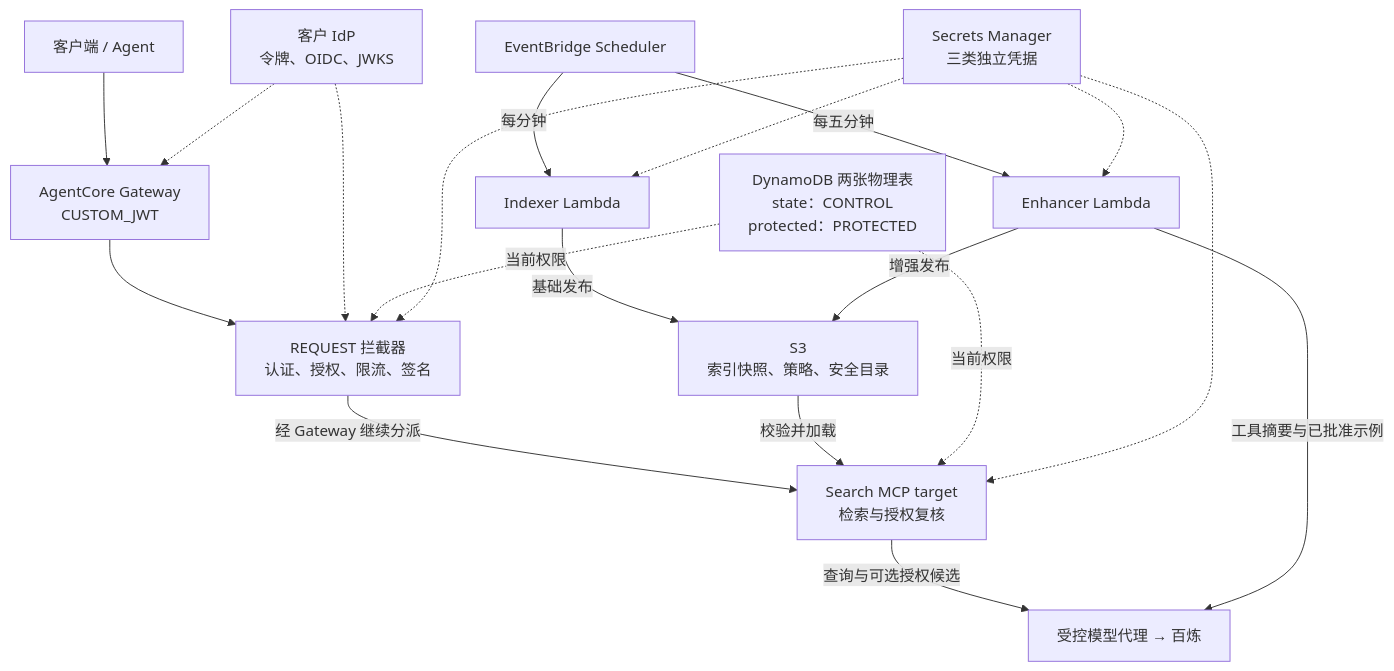
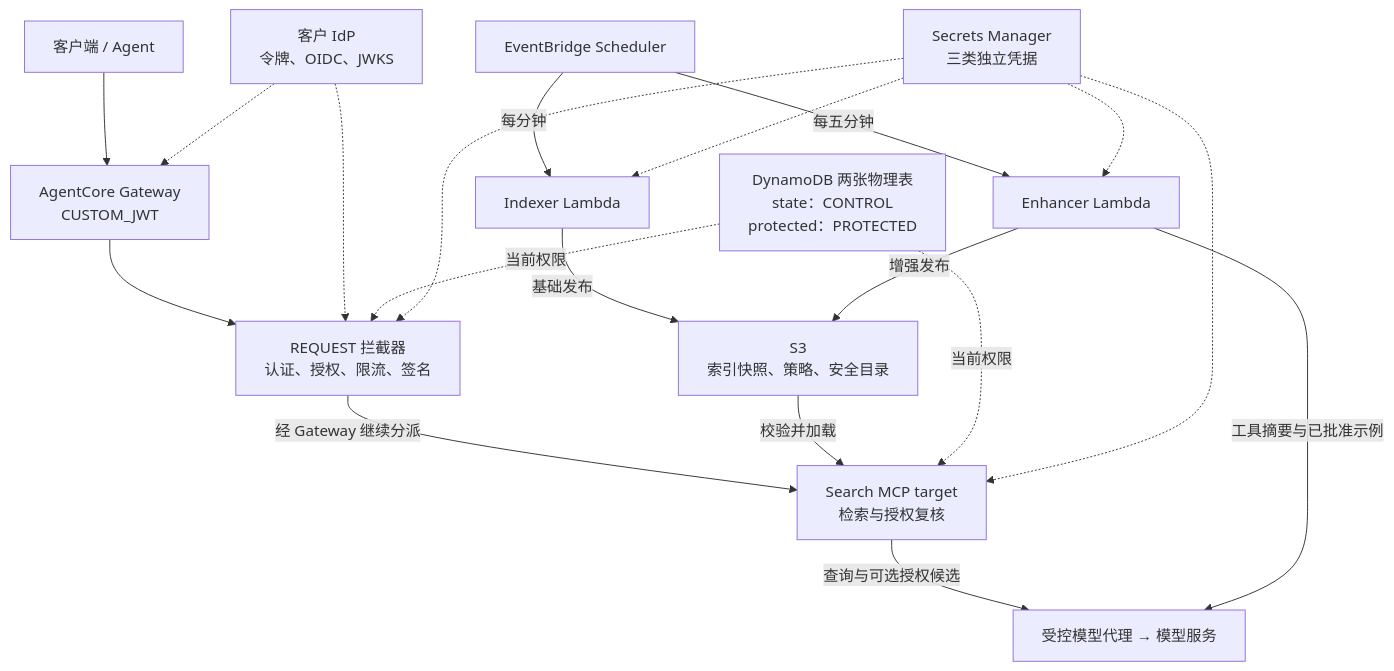
The first of 5 diagrams in docs/architecture.md (aws-samples/sample-agentcore-gateway-tool-search-china-region), drawn with Mermaid before and after one commit. The commit also changed other lines of this file and 66 other files, not shown here.

````diff
--- a/docs/architecture.md
+++ b/docs/architecture.md
@@ -45,21 +45,21 @@
 ```mermaid
 flowchart TB
     Agent["客户端 / Agent"] --> Gateway["AgentCore Gateway<br/>CUSTOM_JWT"]
     Gateway --> Request["REQUEST 拦截器<br/>认证、授权、限流、签名"]
     Request -->|"经 Gateway 继续分派"| Search["Search MCP target<br/>检索与授权复核"]
     IdP["客户 IdP<br/>令牌、OIDC、JWKS"] -.-> Gateway
     IdP -.-> Request
     Schedule["EventBridge Scheduler"] -->|"每分钟"| Indexer["Indexer Lambda"]
     Schedule -->|"每五分钟"| Enhancer["Enhancer Lambda"]
     Indexer -->|"基础发布"| S3["S3<br/>索引快照、策略、安全目录"]
     Enhancer -->|"增强发布"| S3
     S3 -->|"校验并加载"| Search
     Data["DynamoDB 两张物理表<br/>state：CONTROL<br/>protected：PROTECTED"] -. "当前权限" .-> Request
     Data -. "当前权限" .-> Search
     Secrets["Secrets Manager<br/>三类独立凭据"] -.-> Request
     Secrets -.-> Search
     Secrets -.-> Indexer
     Secrets -.-> Enhancer
-    Search -->|"查询与可选授权候选"| Model["受控模型代理 → 百炼"]
+    Search -->|"查询与可选授权候选"| Model["受控模型代理 → 模型服务"]
     Enhancer -->|"工具摘要与已批准示例"| Model
 ```
````
